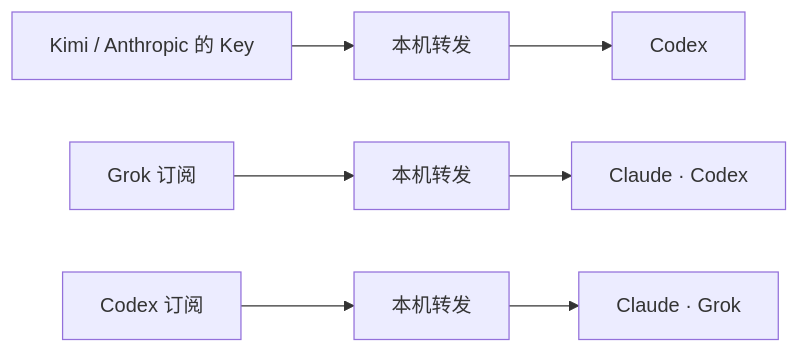
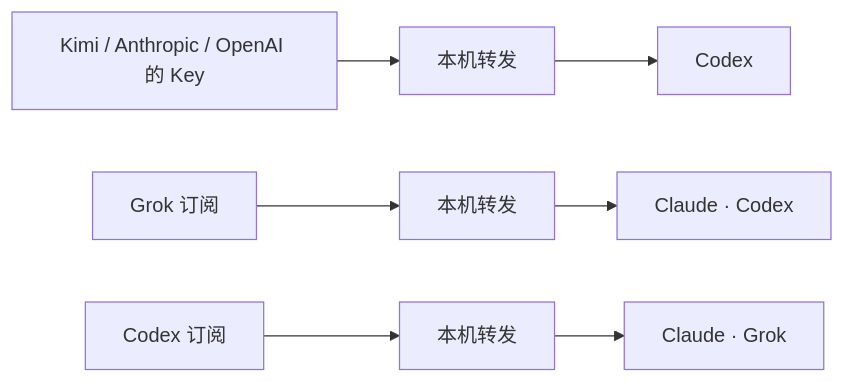
The seventh of 7 diagrams in docs/product-decisions.md (nicechencs/AgentHub), drawn with Mermaid before and after one commit. The commit also changed other lines of this file and 59 other files, not shown here.

First line of the commit message:
feat(oauth): split refresh from official CLIs and open OpenAI→Codex

````diff
--- a/docs/product-decisions.md
+++ b/docs/product-decisions.md
@@ -148,6 +160,6 @@
 ```mermaid
 flowchart LR
-  keys["Kimi / Anthropic 的 Key"] --> fwd1["本机转发"] --> codex["Codex"]
+  keys["Kimi / Anthropic / OpenAI 的 Key"] --> fwd1["本机转发"] --> codex["Codex"]
   grokSub["Grok 订阅"] --> fwdGrok["本机转发"] --> grokTargets["Claude · Codex"]
   codexSub["Codex 订阅"] --> fwdCodex["本机转发"] --> codexTargets["Claude · Grok"]
 ```
````
